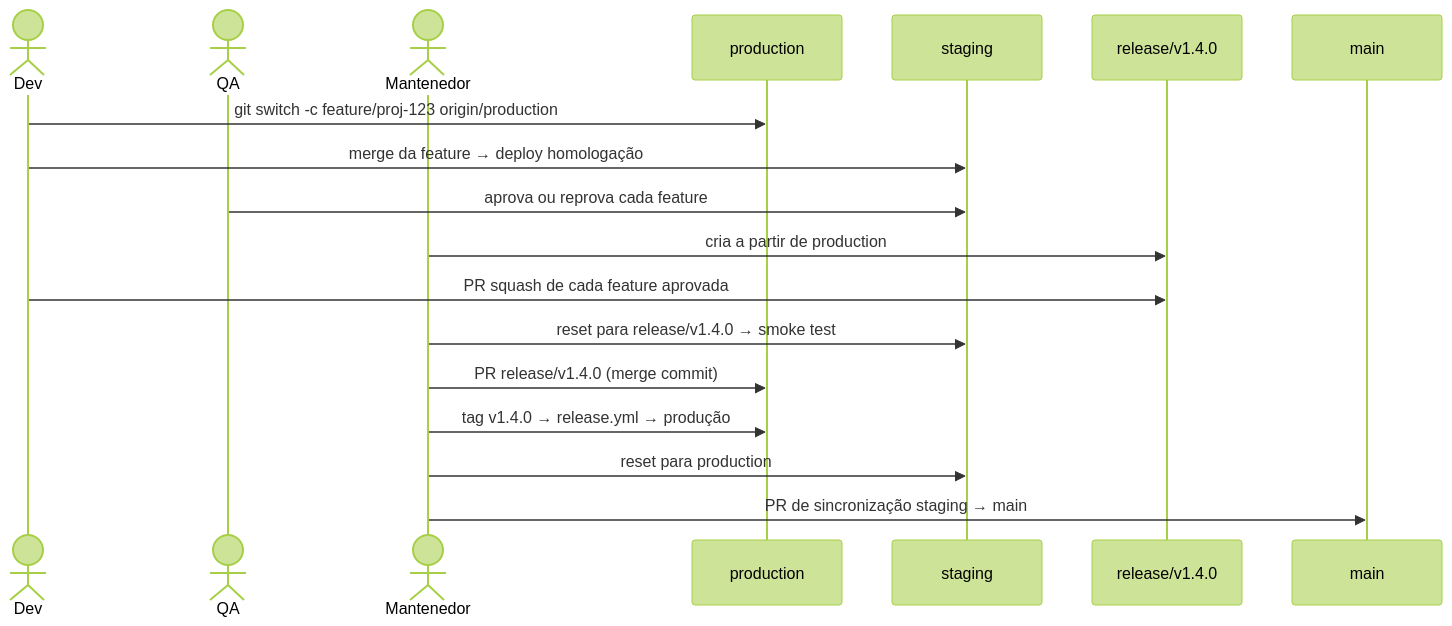
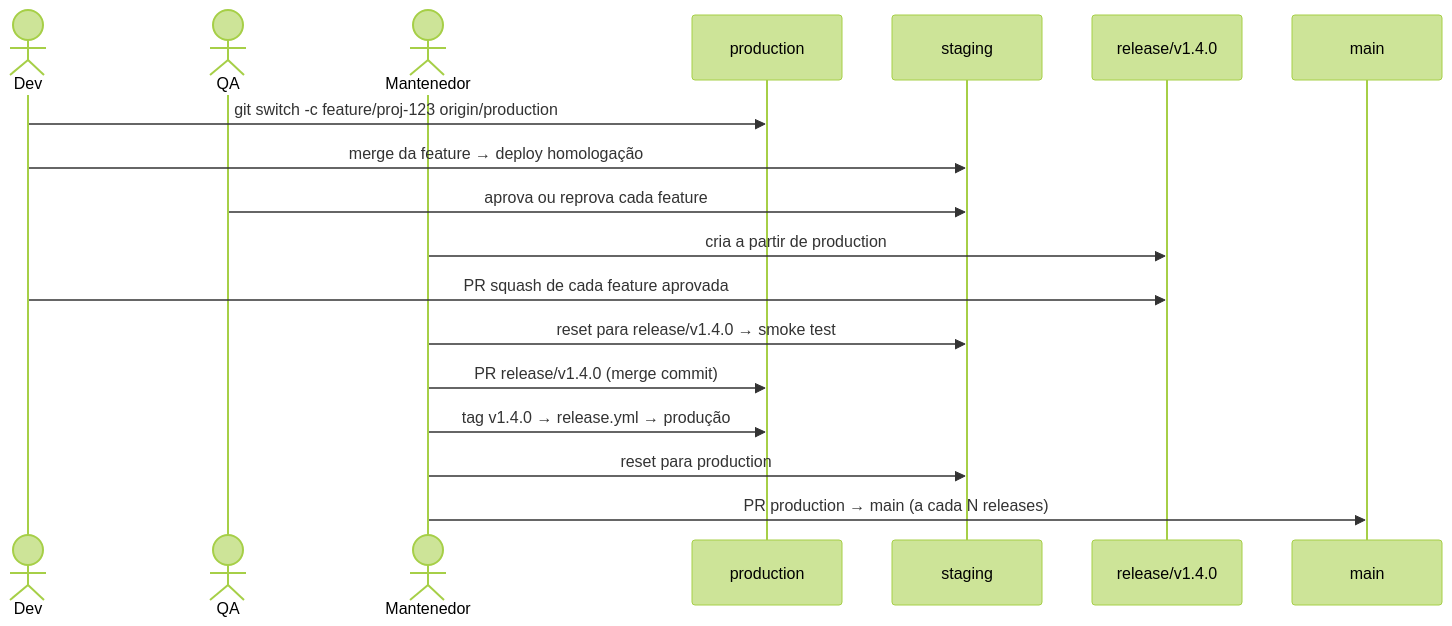
Before and after one commit to uesleinasch/ConventionsCode: the diagram in GitFlow/03-releases-e-tags.md, drawn with Mermaid (forest theme). The commit also changed other lines of this file and 17 other files, not shown here.

First line of the commit message:
feat(gitflow): main recebe só backup de production a cada N releases

````diff
--- a/GitFlow/03-releases-e-tags.md
+++ b/GitFlow/03-releases-e-tags.md
@@ -26,21 +26,21 @@
 ```mermaid
 sequenceDiagram
     actor Dev
     actor QA
     actor Mant as Mantenedor
     participant prod as production
     participant stg as staging
     participant rel as release/v1.4.0
     participant main
 
     Dev->>prod: git switch -c feature/proj-123 origin/production
     Dev->>stg: merge da feature → deploy homologação
     QA->>stg: aprova ou reprova cada feature
     Mant->>rel: cria a partir de production
     Dev->>rel: PR squash de cada feature aprovada
     Mant->>stg: reset para release/v1.4.0 → smoke test
     Mant->>prod: PR release/v1.4.0 (merge commit)
     Mant->>prod: tag v1.4.0 → release.yml → produção
     Mant->>stg: reset para production
-    Mant->>main: PR de sincronização staging → main
+    Mant->>main: PR production → main (a cada N releases)
 ```
````
